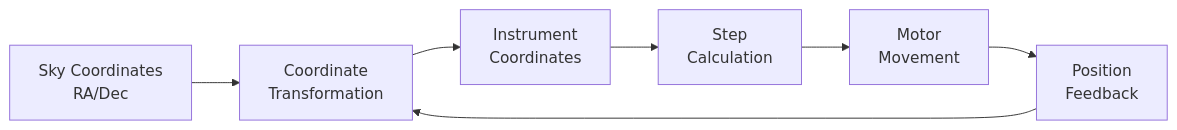
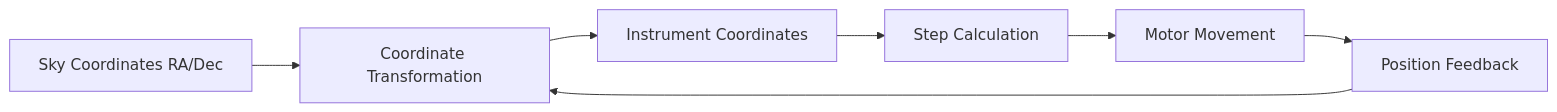
One commit to VincentJGeisler/OnStep changed the seventh of 7 diagrams in doc/architecture.md. Above: the diagram before and after it, drawn with Mermaid. The commit also changed other lines of this file and 2 other files, not shown here.

First line of the commit message:
Fix Mermaid syntax for GitHub compatibility

````diff
--- a/doc/architecture.md
+++ b/doc/architecture.md
@@ -287,9 +287,9 @@
 ```mermaid
 graph LR
-    A[Sky Coordinates<br/>RA/Dec] --> B[Coordinate<br/>Transformation]
-    B --> C[Instrument<br/>Coordinates]
-    C --> D[Step<br/>Calculation]
-    D --> E[Motor<br/>Movement]
-    E --> F[Position<br/>Feedback]
-    F --> B
+    A[Sky Coordinates RA/Dec] --> B[Coordinate Transformation];
+    B --> C[Instrument Coordinates];
+    C --> D[Step Calculation];
+    D --> E[Motor Movement];
+    E --> F[Position Feedback];
+    F --> B;
 ```
````
